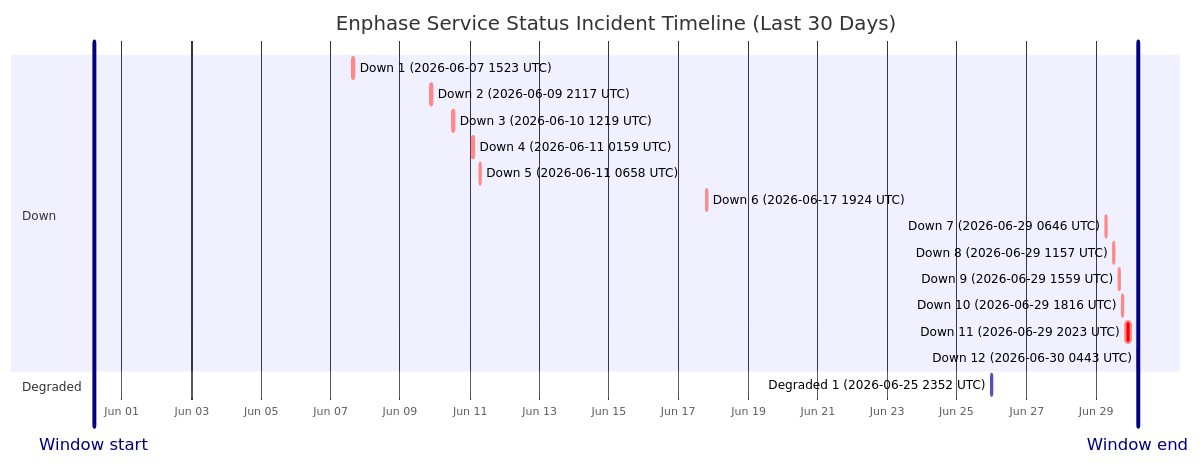
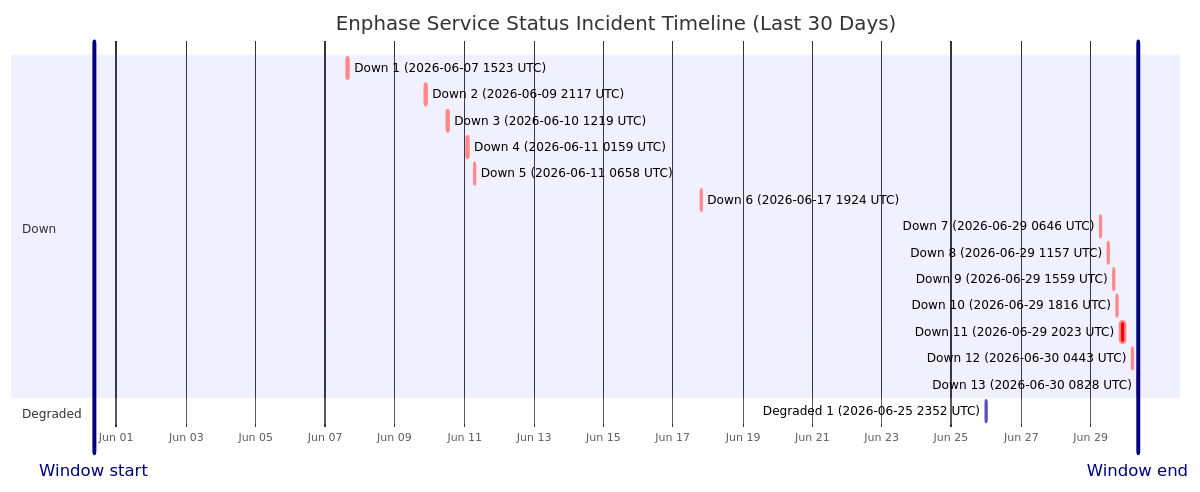
The diagram in wiki/Service-Status-History.md (barneyonline/ha-enphase-energy), drawn with Mermaid before and after one commit. The commit also changed other lines of this file and 3 other files, not shown here.

````diff
--- a/wiki/Service-Status-History.md
+++ b/wiki/Service-Status-History.md
@@ -14,23 +14,24 @@
 ```mermaid
 gantt
     title Enphase Service Status Incident Timeline (Last 30 Days)
     dateFormat  YYYY-MM-DDTHH:mm:ss
     axisFormat  %b %d
-    Window start :vert, window-start, 2026-05-31T04:43:54, 0ms
-    Window end :vert, window-end, 2026-06-30T04:43:54, 0ms
+    Window start :vert, window-start, 2026-05-31T08:28:43, 0ms
+    Window end :vert, window-end, 2026-06-30T08:28:43, 0ms
     section Down
     Down 1 (2026-06-07 1523 UTC) :crit, down-1, 2026-06-07T15:23:22, 87m
     Down 2 (2026-06-09 2117 UTC) :crit, down-2, 2026-06-09T21:17:17, 60m
     Down 3 (2026-06-10 1219 UTC) :crit, down-3, 2026-06-10T12:19:21, 60m
     Down 4 (2026-06-11 0159 UTC) :crit, down-4, 2026-06-11T01:59:36, 60m
     Down 5 (2026-06-11 0658 UTC) :crit, down-5, 2026-06-11T06:58:45, 60m
     Down 6 (2026-06-17 1924 UTC) :crit, down-6, 2026-06-17T19:24:51, 60m
     Down 7 (2026-06-29 0646 UTC) :crit, down-7, 2026-06-29T06:46:18, 60m
     Down 8 (2026-06-29 1157 UTC) :crit, down-8, 2026-06-29T11:57:36, 60m
     Down 9 (2026-06-29 1559 UTC) :crit, down-9, 2026-06-29T15:59:02, 60m
     Down 10 (2026-06-29 1816 UTC) :crit, down-10, 2026-06-29T18:16:38, 60m
     Down 11 (2026-06-29 2023 UTC) :crit, down-11, 2026-06-29T20:23:16, 220m
     Down 12 (2026-06-30 0443 UTC) :crit, down-12, 2026-06-30T04:43:54, 60m
+    Down 13 (2026-06-30 0828 UTC) :crit, down-13, 2026-06-30T08:28:43, 60m
     section Degraded
     Degraded 1 (2026-06-25 2352 UTC) :active, degraded-1, 2026-06-25T23:52:01, 60m
 ```
````
